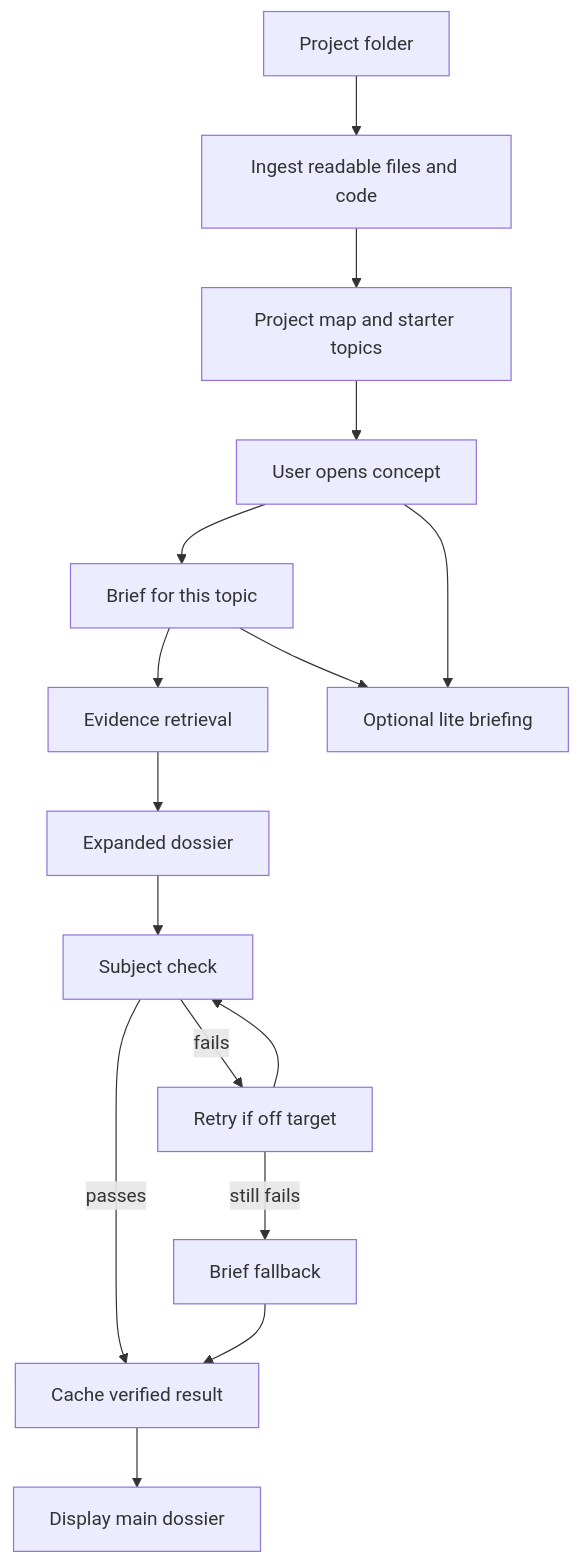
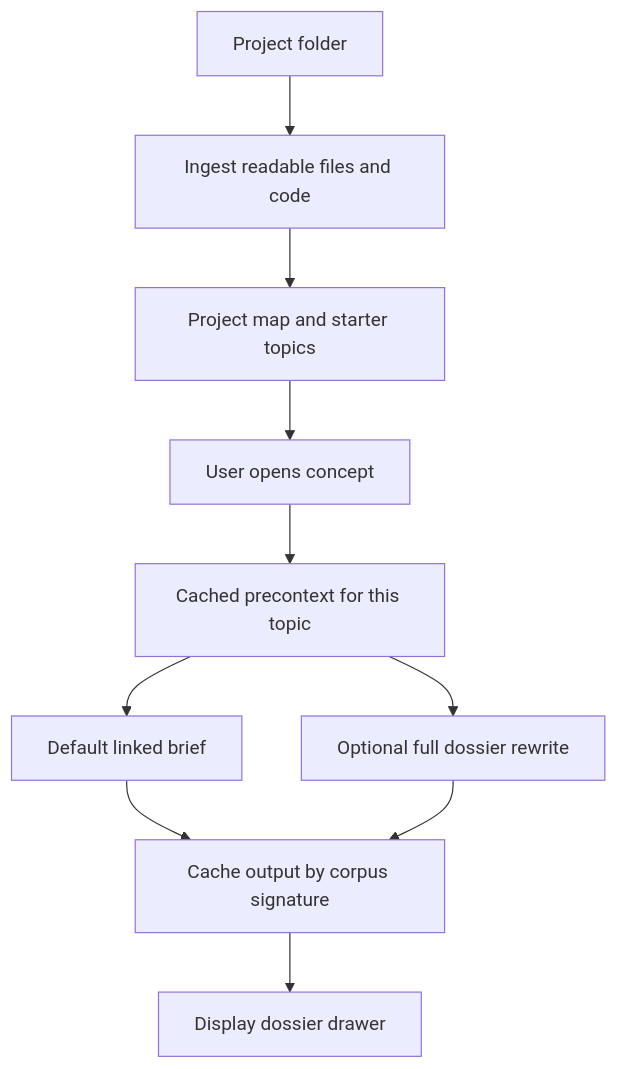
The second of 2 diagrams in README.md (cocoon360/Birdbrain), drawn with Mermaid before and after one commit. The commit also changed other lines of this file and 45 other files, not shown here.

````diff
--- a/README.md
+++ b/README.md
@@ -180,32 +92,22 @@
 ```mermaid
 flowchart TB
   folder[Project folder]
   ingest[Ingest readable files and code]
   projectMap[Project map and starter topics]
   concept[User opens concept]
-  brief[Brief for this topic]
-  evidence[Evidence retrieval]
-  dossier[Expanded dossier]
-  verify[Subject check]
-  retry[Retry if off target]
-  fallback[Brief fallback]
-  cache[Cache verified result]
-  ui[Display main dossier]
-  linked[Optional lite briefing]
+  precontext[Cached precontext for this topic]
+  linked[Default linked brief]
+  dossier[Optional full dossier rewrite]
+  cache[Cache output by corpus signature]
+  ui[Display dossier drawer]
 
   folder --> ingest
   ingest --> projectMap
   projectMap --> concept
-  concept --> brief
-  brief --> evidence
-  evidence --> dossier
-  dossier --> verify
-  verify -->|passes| cache
-  verify -->|fails| retry
-  retry --> verify
-  retry -->|still fails| fallback
-  fallback --> cache
+  concept --> precontext
+  precontext --> linked
+  precontext --> dossier
+  linked --> cache
+  dossier --> cache
   cache --> ui
-  concept --> linked
-  brief --> linked
 ```
````
